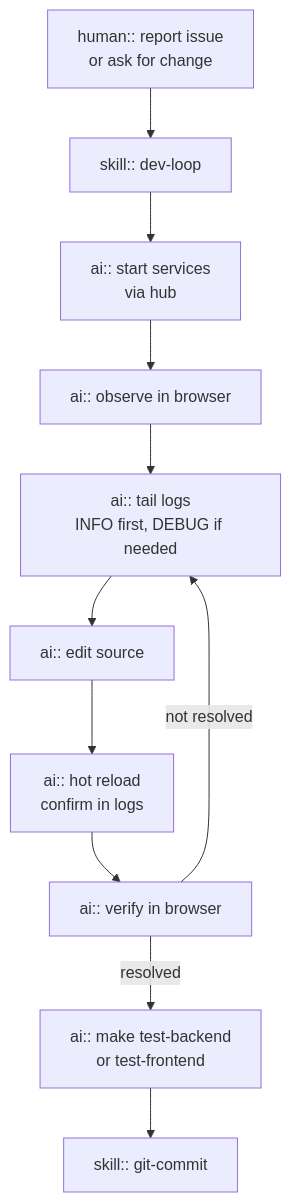
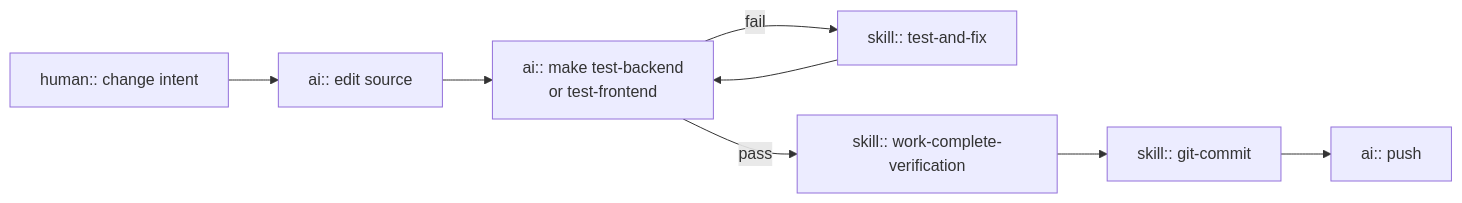
The second of 5 diagrams in README-META.md (tcamise-gpsw/ai-golden-repo), drawn with Mermaid before and after one commit. The commit also changed other lines of this file and 6 other files, not shown here.

First line of the commit message:
feat(agents): add code-review skill; wire architecture enforcement

````diff
--- a/README-META.md
+++ b/README-META.md
@@ -124,13 +131,10 @@
 ```mermaid
-flowchart TD
-    A["human:: report issue\nor ask for change"] --> B["skill:: dev-loop"]
-    B --> C["ai:: start services\nvia hub"]
-    C --> D["ai:: observe in browser"]
-    D --> E["ai:: tail logs\nINFO first, DEBUG if needed"]
-    E --> F["ai:: edit source"]
-    F --> G["ai:: hot reload\nconfirm in logs"]
-    G --> H["ai:: verify in browser"]
-    H -->|resolved| I["ai:: make test-backend\nor test-frontend"]
-    H -->|not resolved| E
-    I --> J["skill:: git-commit"]
+flowchart LR
+    A["human:: change intent"] --> B["ai:: edit source"]
+    B --> C["ai:: make test-backend\nor test-frontend"]
+    C -->|fail| D["skill:: test-and-fix"]
+    D --> C
+    C -->|pass| E["skill:: work-complete-verification"]
+    E --> F["skill:: git-commit"]
+    F --> G["ai:: push"]
 ```
````
